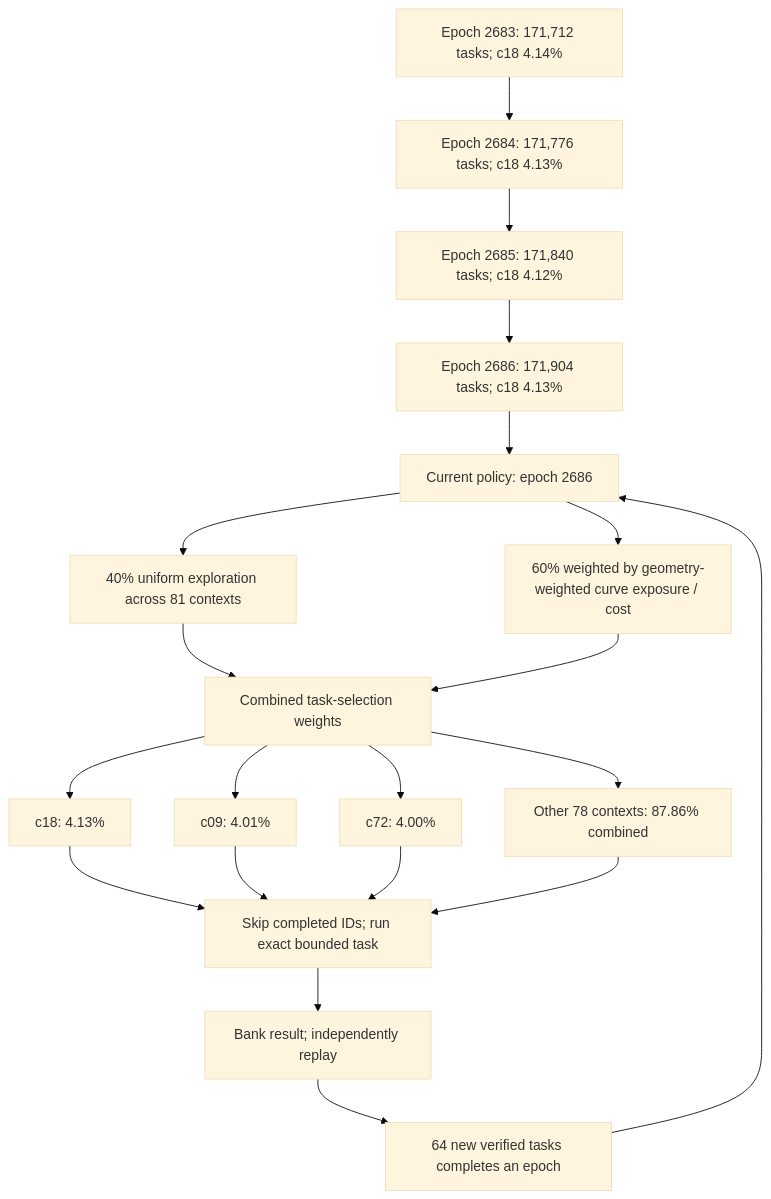
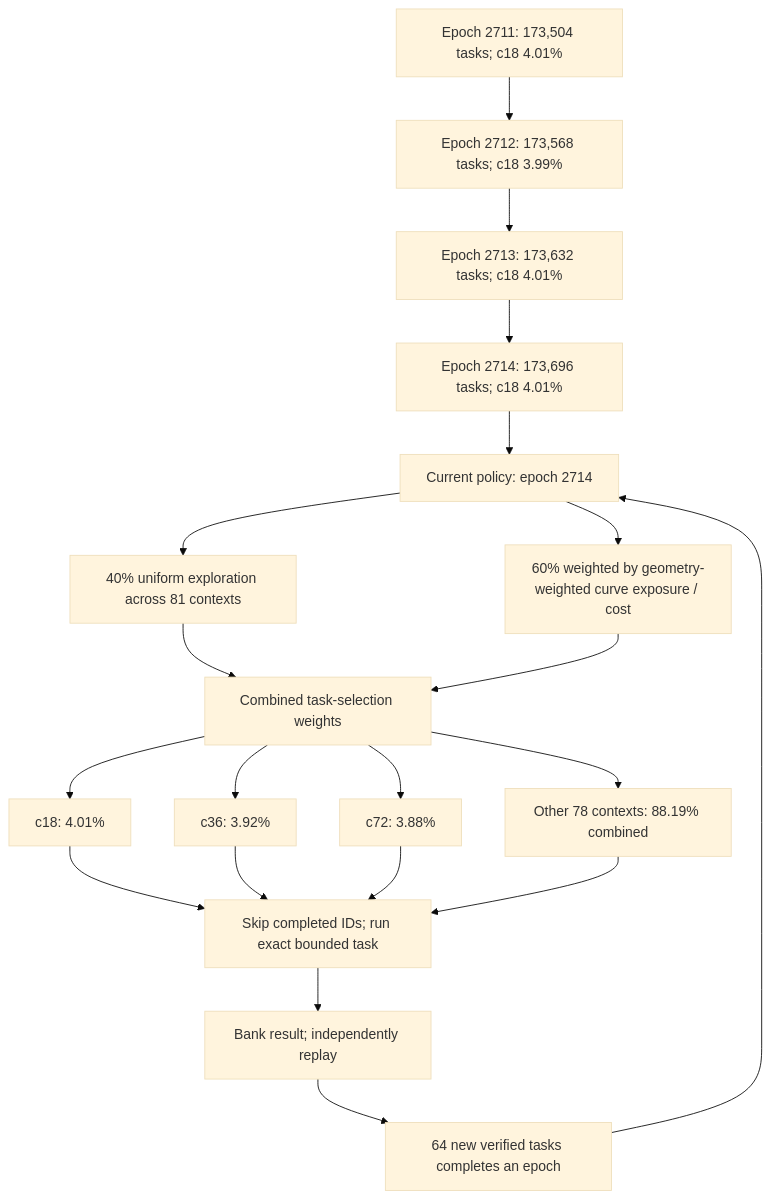
One commit to Kuberwastaken/math-gambling changed the first of 3 diagrams in README.md. Above: the diagram before and after it, drawn with Mermaid (base theme). The commit also changed other lines of this file and 3599 other files, not shown here.

````diff
--- a/README.md
+++ b/README.md
@@ -56,27 +56,27 @@
 ```mermaid
 flowchart TD
-    H0["Epoch 2683: 171,712 tasks; c18 4.14%"]
-    H1["Epoch 2684: 171,776 tasks; c18 4.13%"]
+    H0["Epoch 2711: 173,504 tasks; c18 4.01%"]
+    H1["Epoch 2712: 173,568 tasks; c18 3.99%"]
     H0 --> H1
-    H2["Epoch 2685: 171,840 tasks; c18 4.12%"]
+    H2["Epoch 2713: 173,632 tasks; c18 4.01%"]
     H1 --> H2
-    H3["Epoch 2686: 171,904 tasks; c18 4.13%"]
+    H3["Epoch 2714: 173,696 tasks; c18 4.01%"]
     H2 --> H3
-    Policy["Current policy: epoch 2686"]
+    Policy["Current policy: epoch 2714"]
     H3 --> Policy
     Policy --> Explore["40% uniform exploration across 81 contexts"]
     Policy --> Cost["60% weighted by geometry-weighted curve exposure / cost"]
     Explore --> Mix["Combined task-selection weights"]
     Cost --> Mix
-    Mix --> C0["c18: 4.13%"]
-    Mix --> C1["c09: 4.01%"]
-    Mix --> C2["c72: 4.00%"]
-    Mix --> Rest["Other 78 contexts: 87.86% combined"]
+    Mix --> C0["c18: 4.01%"]
+    Mix --> C1["c36: 3.92%"]
+    Mix --> C2["c72: 3.88%"]
+    Mix --> Rest["Other 78 contexts: 88.19% combined"]
     C0 --> Check["Skip completed IDs; run exact bounded task"]
     C1 --> Check
     C2 --> Check
     Rest --> Check
     Check --> Replay["Bank result; independently replay"]
     Replay --> Gate["64 new verified tasks completes an epoch"]
     Gate --> Policy
 ```
````
